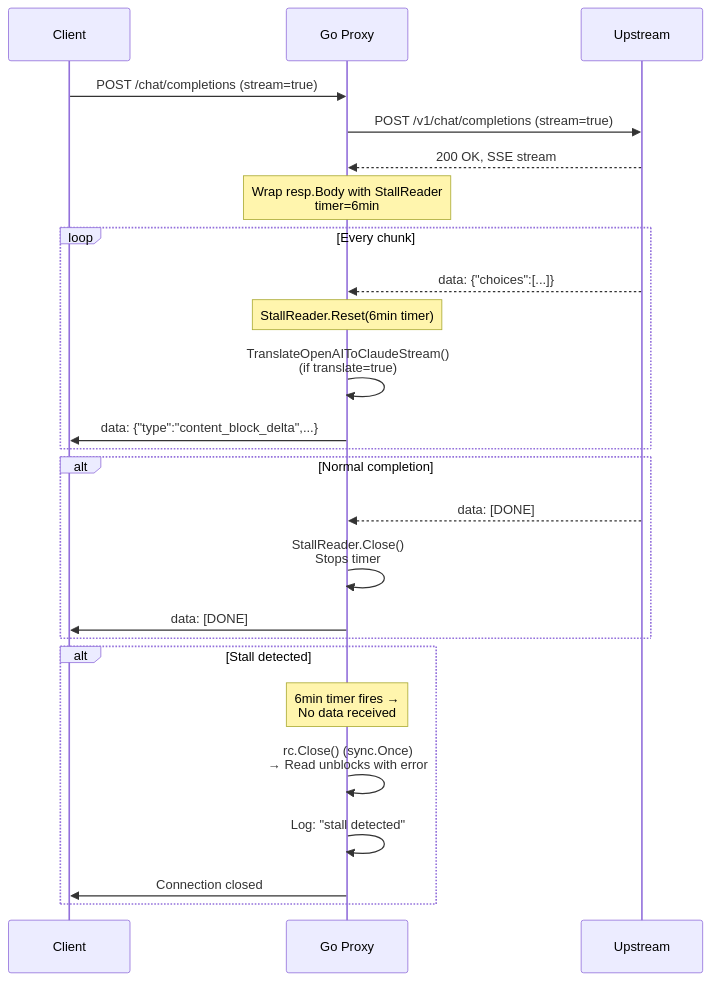
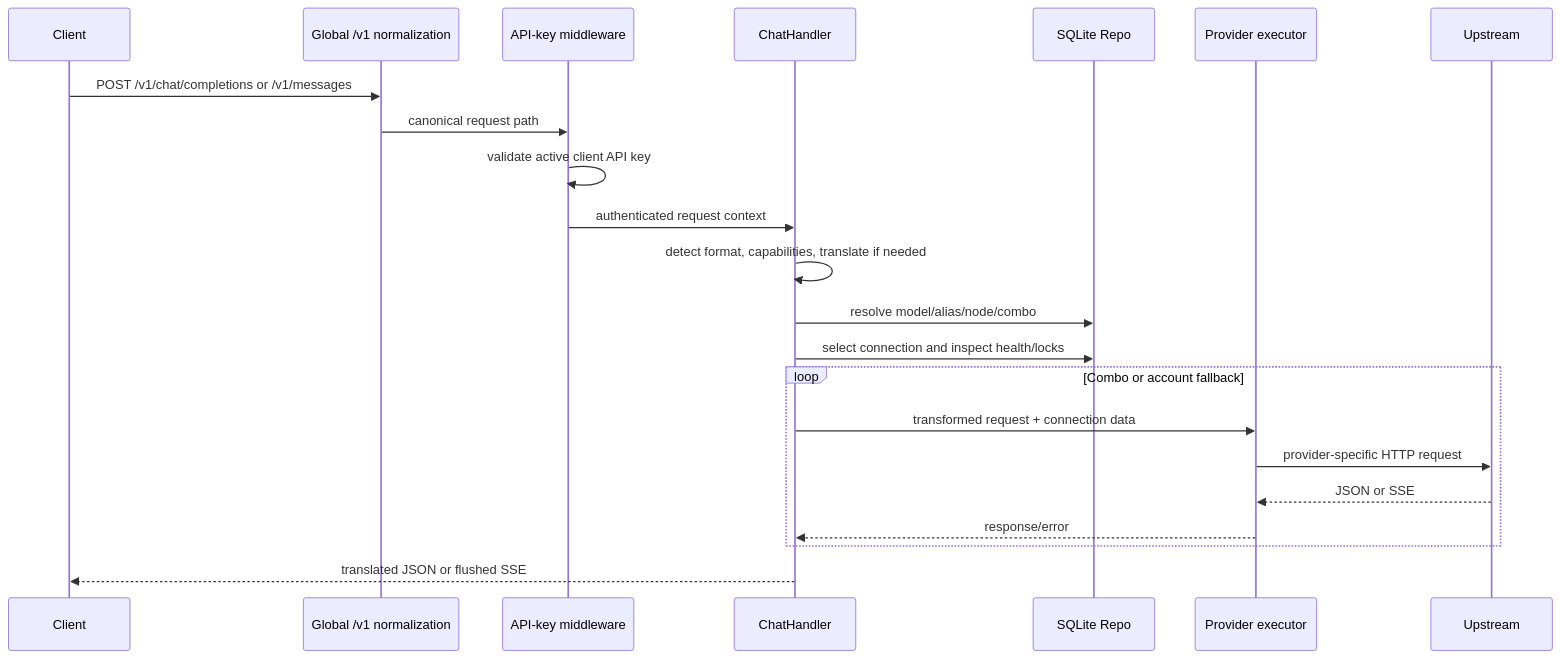
One commit to joselofarias-byte/9router-go changed the third of 3 diagrams in ARCHITECTURE.md. Above: the diagram before and after it, drawn with Mermaid. The commit also changed other lines of this file and 70 other files, not shown here.

````diff
--- a/ARCHITECTURE.md
+++ b/ARCHITECTURE.md
@@ -198,32 +145,25 @@
 ```mermaid
 sequenceDiagram
     participant C as Client
-    participant G as Go Proxy
+    participant M as Global /v1 normalization
+    participant A as API-key middleware
+    participant H as ChatHandler
+    participant R as SQLite Repo
+    participant P as Provider executor
     participant U as Upstream
-    
-    C->>G: POST /chat/completions (stream=true)
-    G->>U: POST /v1/chat/completions (stream=true)
-    U-->>G: 200 OK, SSE stream
-    
-    Note over G: Wrap resp.Body with StallReader<br/>timer=6min
-    
-    loop Every chunk
-        U-->>G: data: {"choices":[...]}
-        Note over G: StallReader.Reset(6min timer)
-        G->>G: TranslateOpenAIToClaudeStream()<br/>(if translate=true)
-        G->>C: data: {"type":"content_block_delta",...}
+
+    C->>M: POST /v1/chat/completions or /v1/messages
+    M->>A: canonical request path
+    A->>A: validate active client API key
+    A->>H: authenticated request context
+    H->>H: detect format, capabilities, translate if needed
+    H->>R: resolve model/alias/node/combo
+    H->>R: select connection and inspect health/locks
+    loop Combo or account fallback
+        H->>P: transformed request + connection data
+        P->>U: provider-specific HTTP request
+        U-->>P: JSON or SSE
+        P-->>H: response/error
     end
-    
-    alt Normal completion
-        U-->>G: data: [DONE]
-        G->>G: StallReader.Close()<br/>Stops timer
-        G->>C: data: [DONE]
-    end
-    
-    alt Stall detected
-        Note over G: 6min timer fires →<br/>No data received
-        G->>G: rc.Close() (sync.Once)<br/>→ Read unblocks with error
-        G->>G: Log: "stall detected"
-        G->>C: Connection closed
-    end
+    H-->>C: translated JSON or flushed SSE
 ```
````
